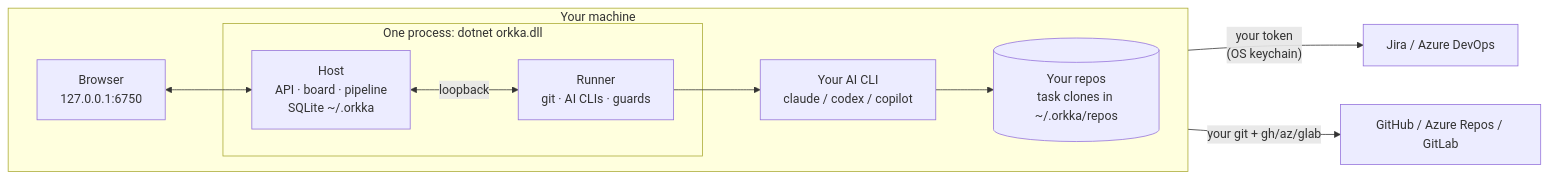
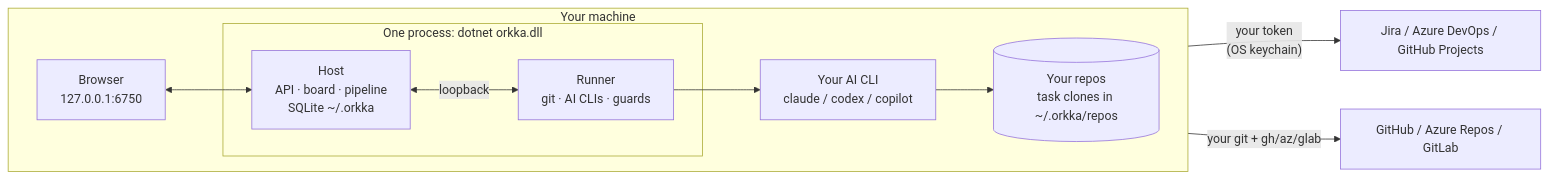
One commit to ruanpelissoli/orkka changed the diagram in README.md. Above: the diagram before and after it, drawn with Mermaid. The commit also changed other lines of this file and 6 other files, not shown here.

First line of the commit message:
docs: GitHub Projects as the third tracker

````diff
--- a/README.md
+++ b/README.md
@@ -98,22 +99,22 @@
 ```mermaid
 flowchart LR
     subgraph you["Your machine"]
         direction LR
         browser["Browser<br/>127.0.0.1:6750"]
         subgraph orkka["One process: dotnet orkka.dll"]
             host["Host<br/>API · board · pipeline<br/>SQLite ~/.orkka"]
             runner["Runner<br/>git · AI CLIs · guards"]
         end
         cli["Your AI CLI<br/>claude / codex / copilot"]
         repos[("Your repos<br/>task clones in ~/.orkka/repos")]
     end
-    tracker["Jira / Azure DevOps"]
+    tracker["Jira / Azure DevOps / GitHub Projects"]
     forge["GitHub / Azure Repos / GitLab"]
 
     browser <--> host
     host <-- "loopback" --> runner
     runner --> cli
     cli --> repos
     runner -- "your token<br/>(OS keychain)" --> tracker
     runner -- "your git + gh/az/glab" --> forge
 ```
````
